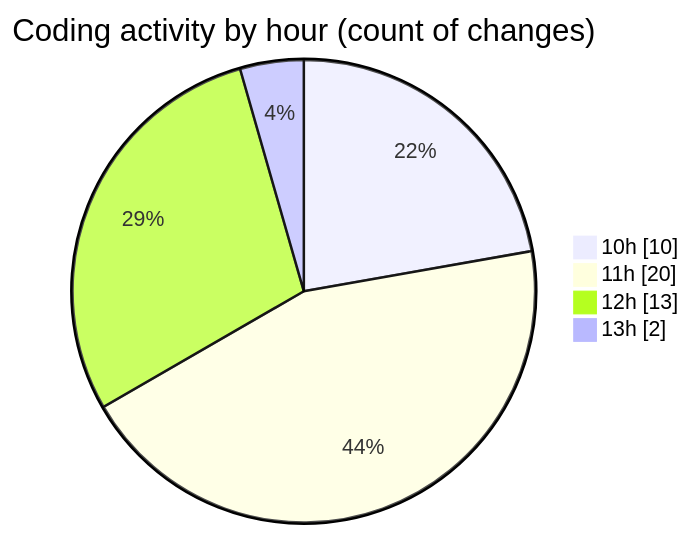
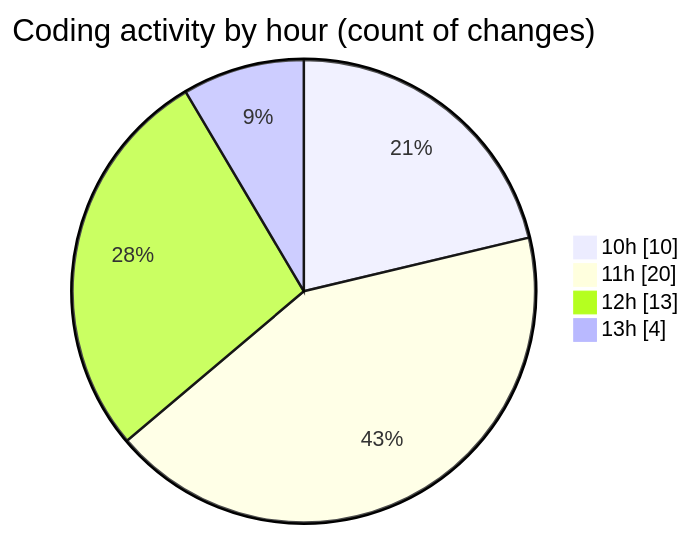
The second of 2 diagrams in 2025-03-31/jsvms/README.md (BS-eng2023/code-tracking), drawn with Mermaid before and after one commit. The commit also changed other lines of this file and 1 other file, not shown here.

````diff
--- a/2025-03-31/jsvms/README.md
+++ b/2025-03-31/jsvms/README.md
@@ -46,8 +48,8 @@
 ```mermaid
 pie showData
 title Coding activity by hour (count of changes)
 "10h" : 10
 "11h" : 20
 "12h" : 13
-"13h" : 2
+"13h" : 4
 ```
````
